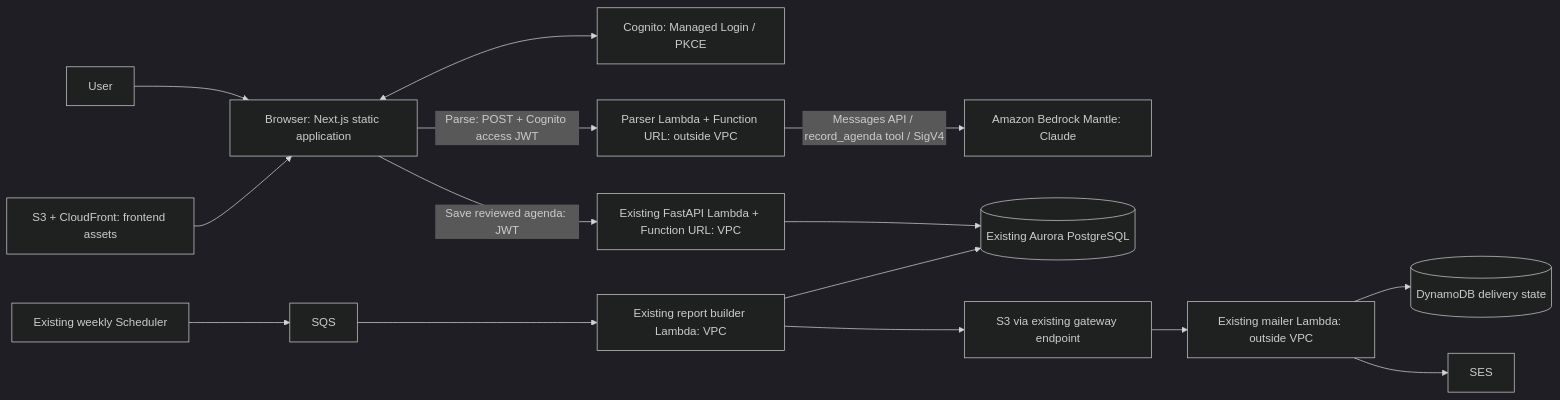
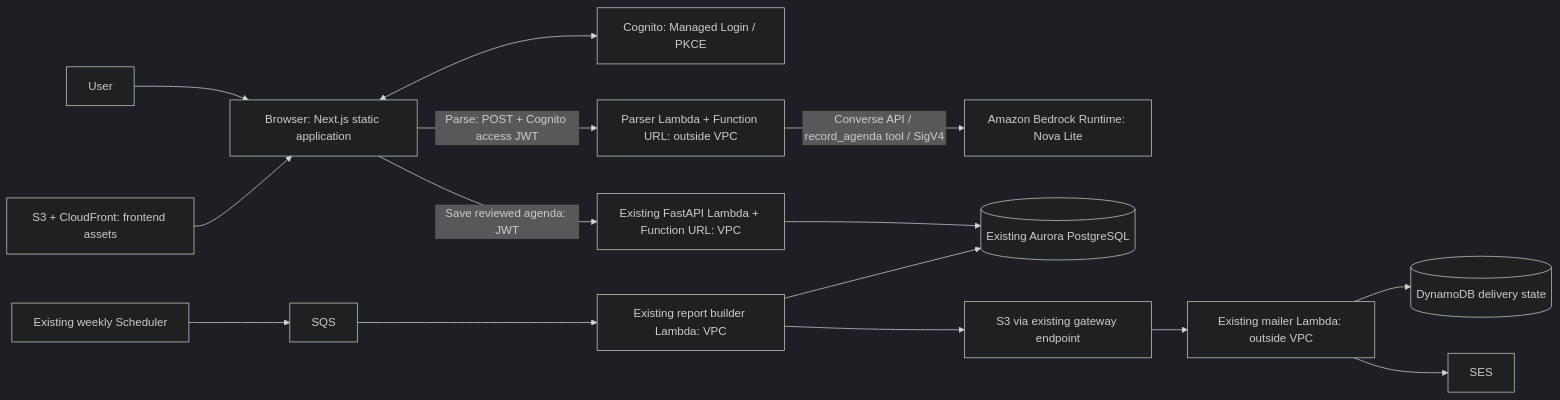
One commit to kremeriatko8/Peach changed the diagram in docs/architecture.md. Above: the diagram before and after it, drawn with Mermaid (dark theme). The commit also changed 43 other files, not shown here.

Commit message:
Adapt agenda parsing to Nova Lite and guard the university lab release

````diff
--- a/docs/architecture.md
+++ b/docs/architecture.md
@@ -7,17 +7,17 @@
 ```mermaid
 flowchart LR
     user[User] --> browser[Browser: Next.js static application]
     cdn[S3 + CloudFront: frontend assets] --> browser
     browser <--> cognito[Cognito: Managed Login / PKCE]
     browser -->|Parse: POST + Cognito access JWT| parser[Parser Lambda + Function URL: outside VPC]
-    parser -->|Messages API / record_agenda tool / SigV4| bedrock[Amazon Bedrock Mantle: Claude]
+    parser -->|Converse API / record_agenda tool / SigV4| bedrock[Amazon Bedrock Runtime: Nova Lite]
     browser -->|Save reviewed agenda: JWT| api[Existing FastAPI Lambda + Function URL: VPC]
     api --> db[(Existing Aurora PostgreSQL)]
     scheduler[Existing weekly Scheduler] --> queue[SQS]
     queue --> builder[Existing report builder Lambda: VPC]
     builder --> db
     builder --> reports[S3 via existing gateway endpoint]
     reports --> mailer[Existing mailer Lambda: outside VPC]
     mailer --> state[(DynamoDB delivery state)]
     mailer --> ses[SES]
 ```
````
